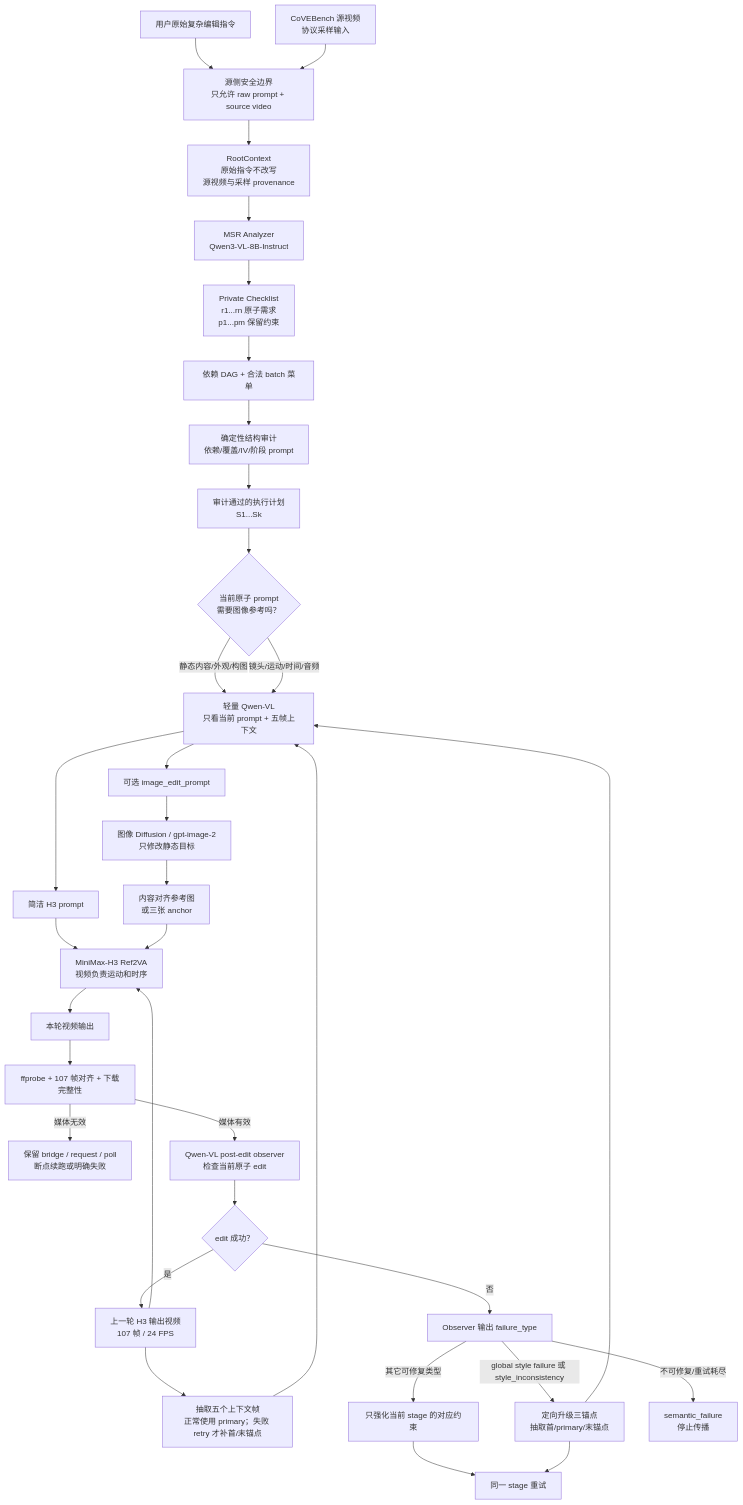
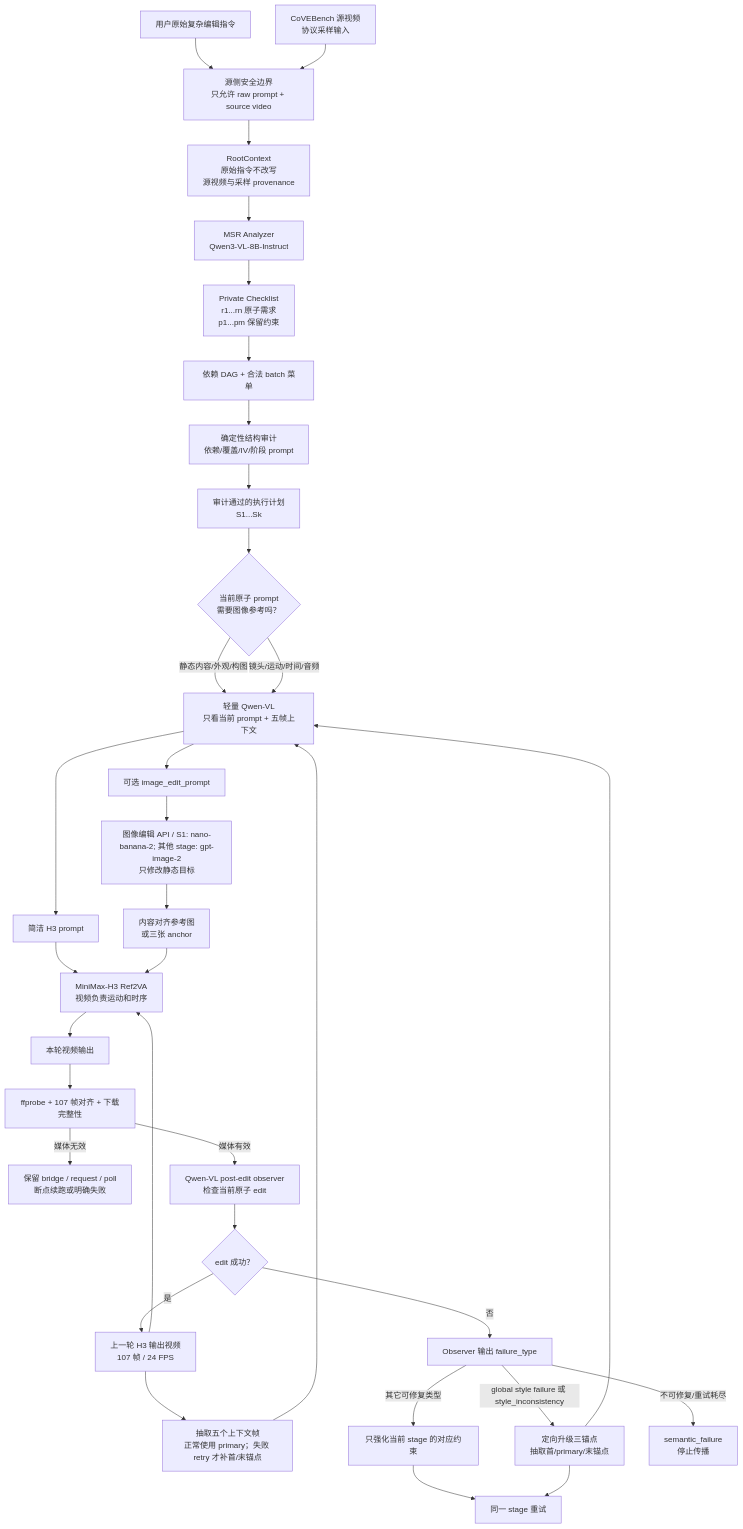
The first of 2 diagrams in docs/MSR_H3_MULTI_STEP_AGENT_PIPELINE_CN.md (lyra-planet/Pipline), drawn with Mermaid before and after one commit. The commit also changed other lines of this file and 36 other files, not shown here.

````diff
--- a/docs/MSR_H3_MULTI_STEP_AGENT_PIPELINE_CN.md
+++ b/docs/MSR_H3_MULTI_STEP_AGENT_PIPELINE_CN.md
@@ -31,43 +31,43 @@
 ```mermaid
 flowchart TD
     U[用户原始复杂编辑指令]
     SV[CoVEBench 源视频<br/>协议采样输入]
     SAFE[源侧安全边界<br/>只允许 raw prompt + source video]
 
     U --> SAFE
     SV --> SAFE
 
     SAFE --> ROOT[RootContext<br/>原始指令不改写<br/>源视频与采样 provenance]
     ROOT --> ANA[MSR Analyzer<br/>Qwen3-VL-8B-Instruct]
     ANA --> CHECK[Private Checklist<br/>r1...rn 原子需求<br/>p1...pm 保留约束]
     CHECK --> DAG[依赖 DAG + 合法 batch 菜单]
     DAG --> AUDIT[确定性结构审计<br/>依赖/覆盖/IV/阶段 prompt]
     AUDIT --> PLAN[审计通过的执行计划<br/>S1...Sk]
 
     PLAN --> DECIDE{当前原子 prompt<br/>需要图像参考吗？}
     PREV[上一轮 H3 输出视频<br/>107 帧 / 24 FPS] --> KF[抽取五个上下文帧<br/>正常使用 primary；失败 retry 才补首/末锚点]
     DECIDE -->|静态内容/外观/构图| QWEN[轻量 Qwen-VL<br/>只看当前 prompt + 五帧上下文]
     DECIDE -->|镜头/运动/时间/音频| QWEN
     KF --> QWEN
     QWEN --> HP[简洁 H3 prompt]
     QWEN --> IP[可选 image_edit_prompt]
-    IP --> IMG[图像 Diffusion / gpt-image-2<br/>只修改静态目标]
+    IP --> IMG[图像编辑 API / S1: nano-banana-2; 其他 stage: gpt-image-2<br/>只修改静态目标]
     IMG --> PIC[内容对齐参考图<br/><Picture 1> 或三张 anchor]
 
     PREV --> H3[MiniMax-H3 Ref2VA<br/>视频负责运动和时序]
     HP --> H3
     PIC --> H3
     H3 --> OUT[本轮视频输出]
     OUT --> VALID[ffprobe + 107 帧对齐 + 下载完整性]
     VALID -->|媒体无效| RESUME[保留 bridge / request / poll<br/>断点续跑或明确失败]
     VALID -->|媒体有效| OBS[Qwen-VL post-edit observer<br/>检查当前原子 edit]
     OBS --> PASS{edit 成功？}
     PASS -->|是| PREV
     PASS -->|否| DIAG[Observer 输出 failure_type]
     DIAG -->|global style failure 或 style_inconsistency| ESC[定向升级三锚点<br/>抽取首/primary/末锚点]
     DIAG -->|其它可修复类型| REPAIR[只强化当前 stage 的对应约束]
     DIAG -->|不可修复/重试耗尽| STOP[semantic_failure<br/>停止传播]
     REPAIR --> RETRY[同一 stage 重试]
     ESC --> RETRY
     ESC --> QWEN
 ```
````
